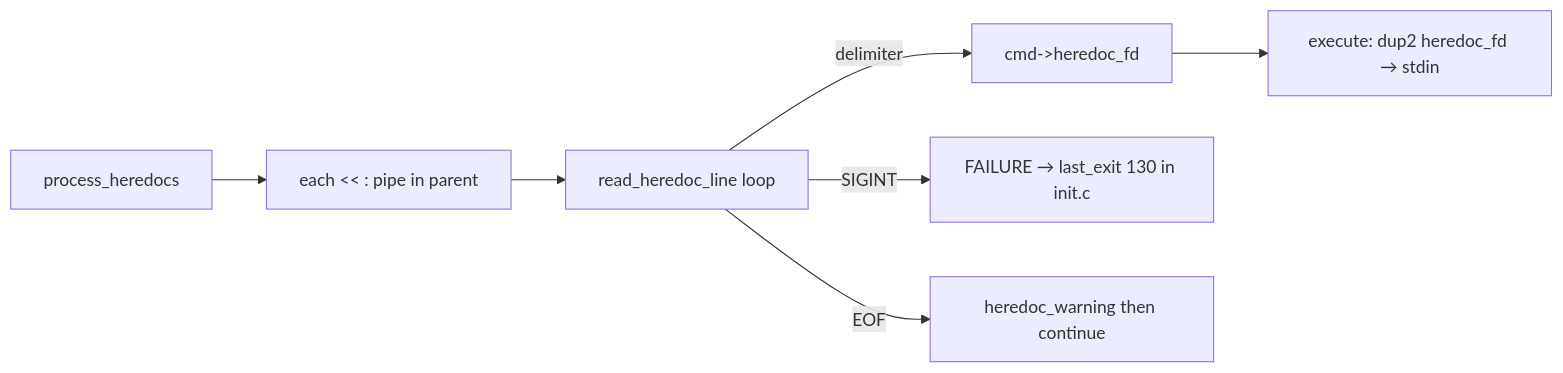
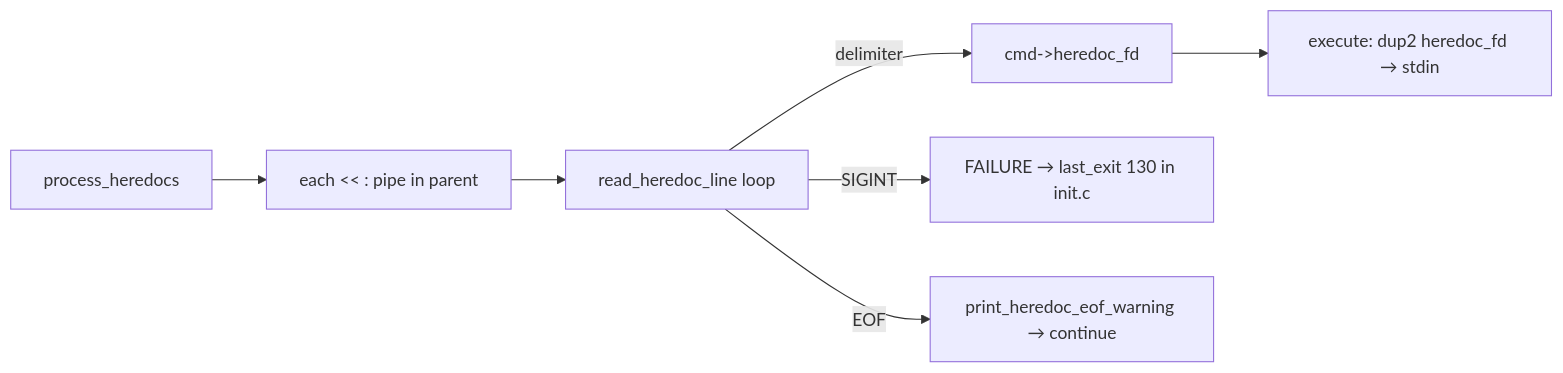
Before and after one commit to gkhavari/minishell: the tenth of 14 diagrams in docs/MINISHELL_ARCHITECTURE.md, drawn with Mermaid. The commit also changed other lines of this file and 9 other files, not shown here.

````diff
--- a/docs/MINISHELL_ARCHITECTURE.md
+++ b/docs/MINISHELL_ARCHITECTURE.md
@@ -719,9 +726,9 @@
 ```mermaid
 flowchart LR
     PH[process_heredocs] --> E[each << : pipe in parent]
     E --> L[read_heredoc_line loop]
     L -->|delimiter| F[cmd->heredoc_fd]
     L -->|SIGINT| X[FAILURE → last_exit 130 in init.c]
-    L -->|EOF| W[heredoc_warning then continue]
+    L -->|EOF| W[print_heredoc_eof_warning → continue]
     F --> EX[execute: dup2 heredoc_fd → stdin]
 ```
````
